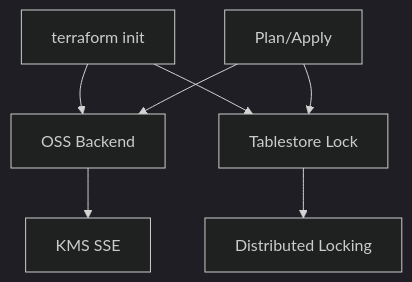
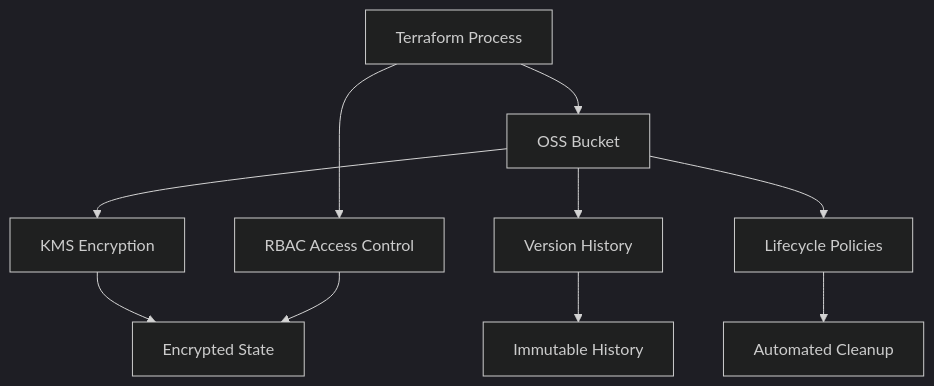
One commit to AlibabaCloudLandingZone/alibabacloud-landingzone-accelerator-github-demo changed the sixth of 7 diagrams in .qoder/repowiki/en/content/Security Model/Security Model.md. Above: the diagram before and after it, drawn with Mermaid (dark theme). The commit also changed other lines of this file and 104 other files, not shown here.

````diff
--- a/.qoder/repowiki/en/content/Security Model/Security Model.md
+++ b/.qoder/repowiki/en/content/Security Model/Security Model.md
@@ -219,9 +227,12 @@
 ```mermaid
 flowchart TD
-Init["terraform init"] --> OSS["OSS Backend"]
-Init --> OTS["Tablestore Lock"]
-OSS --> SSE["KMS SSE"]
-OTS --> Lock["Distributed Locking"]
-PlanApply["Plan/Apply"] --> OSS
-PlanApply --> OTS
+TF["Terraform Process"] --> OSS["OSS Bucket"]
+OSS --> KMS["KMS Encryption"]
+OSS --> Versioning["Version History"]
+OSS --> Lifecycle["Lifecycle Policies"]
+KMS --> SecureStorage["Encrypted State"]
+Versioning --> AuditTrail["Immutable History"]
+Lifecycle --> Cleanup["Automated Cleanup"]
+TF --> AccessControl["RBAC Access Control"]
+AccessControl --> SecureStorage
 ```
````
